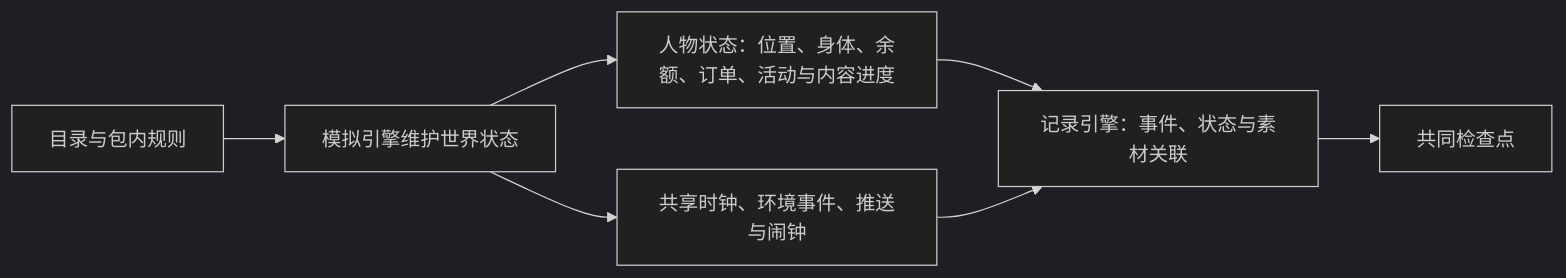
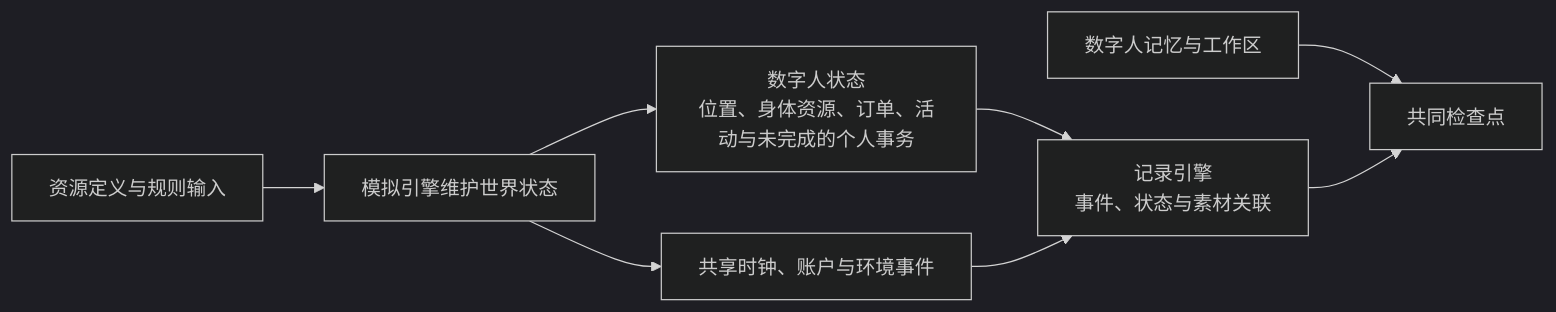
Before and after one commit to HoldThatThgt/WorldMock: the sixth of 7 diagrams in docs/design/01-architecture.md, drawn with Mermaid (dark theme). The commit also changed other lines of this file and 66 other files, not shown here.

````diff
--- a/docs/design/01-architecture.md
+++ b/docs/design/01-architecture.md
@@ -276,9 +278,10 @@
 ```mermaid
 flowchart LR
-    R[目录与包内规则] --> W[模拟引擎维护世界状态]
-    W --> A[人物状态：位置、身体、余额、订单、活动与内容进度]
-    W --> T[共享时钟、环境事件、推送与闹钟]
-    A --> F[记录引擎：事件、状态与素材关联]
+    R[资源定义与规则输入] --> W[模拟引擎维护世界状态]
+    W --> A[数字人状态<br/>位置、身体资源、订单、活动与未完成的个人事务]
+    W --> T[共享时钟、账户与环境事件]
+    A --> F[记录引擎<br/>事件、状态与素材关联]
     T --> F
-    F --> C[共同检查点]
+    M[数字人记忆与工作区] --> C[共同检查点]
+    F --> C
 ```
````
